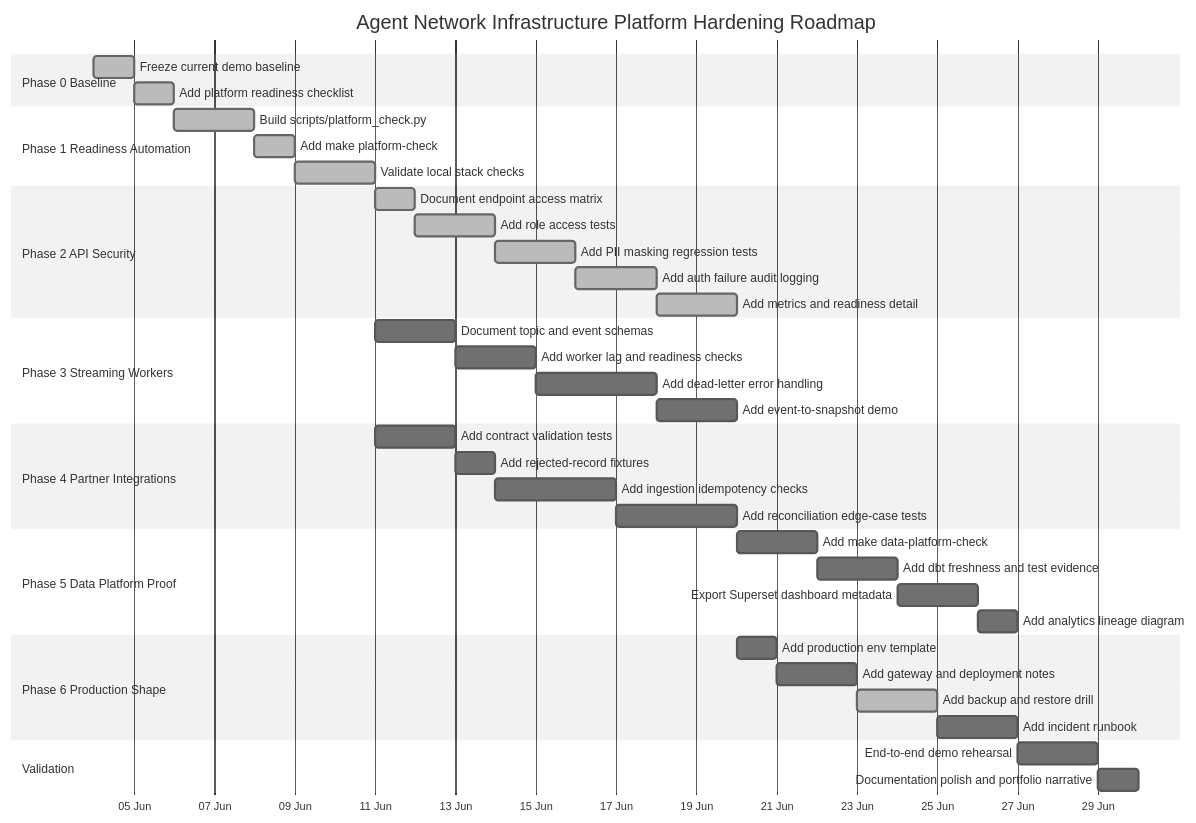
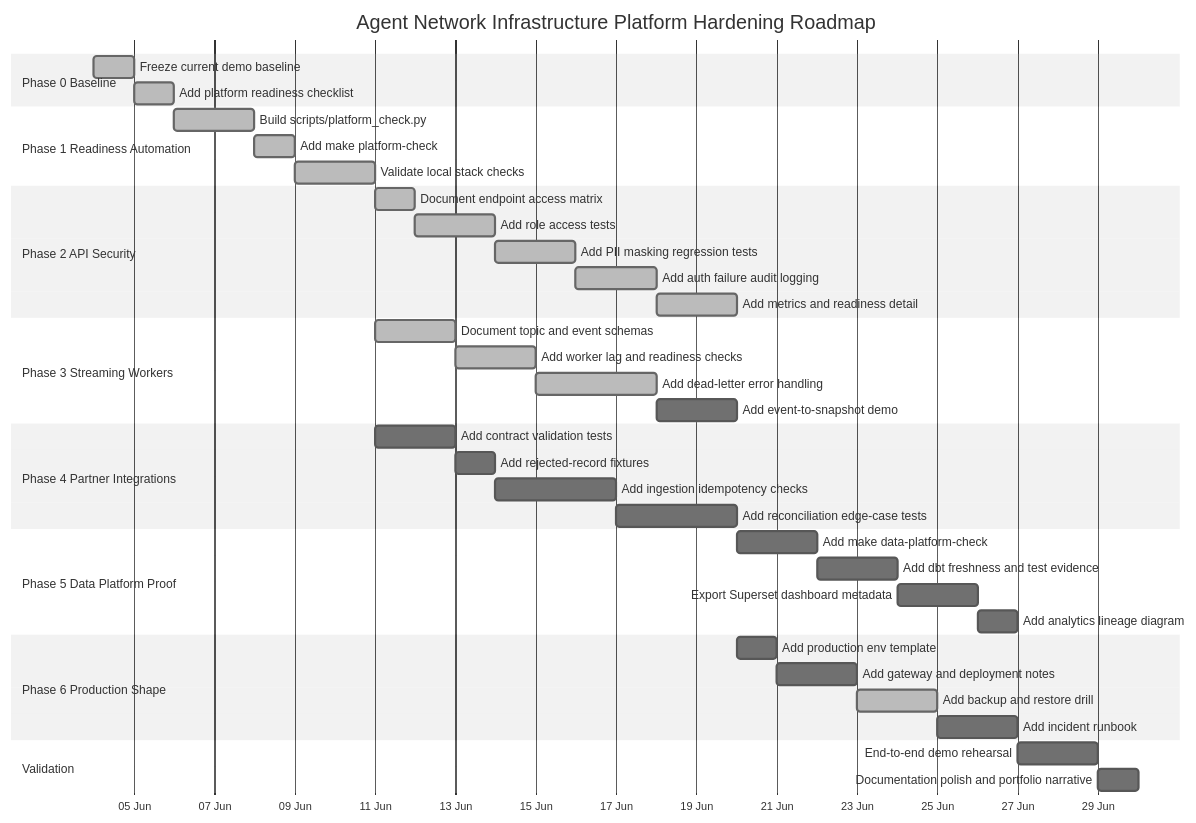
The first of 2 diagrams in docs/platform-implementation-gantt.md (waigisteve/agent-network-infra-sim), drawn with Mermaid (neutral theme) before and after one commit. The commit also changed other lines of this file and 13 other files, not shown here.

````diff
--- a/docs/platform-implementation-gantt.md
+++ b/docs/platform-implementation-gantt.md
@@ -54,50 +54,50 @@
 ```mermaid
 gantt
     title Agent Network Infrastructure Platform Hardening Roadmap
     dateFormat  YYYY-MM-DD
     axisFormat  %d %b
 
     section Phase 0 Baseline
     Freeze current demo baseline                    :done, p0a, 2026-06-04, 1d
     Add platform readiness checklist                :done, p0b, after p0a, 1d
 
     section Phase 1 Readiness Automation
     Build scripts/platform_check.py                 :done, p1a, after p0b, 2d
     Add make platform-check                         :done, p1b, after p1a, 1d
     Validate local stack checks                     :done, p1c, after p1b, 2d
 
     section Phase 2 API Security
     Document endpoint access matrix                 :done, p2a, after p1c, 1d
     Add role access tests                           :done, p2b, after p2a, 2d
     Add PII masking regression tests                :done, p2c, after p2b, 2d
     Add auth failure audit logging                  :done, p2d, after p2c, 2d
     Add metrics and readiness detail                :done, p2e, after p2d, 2d
 
     section Phase 3 Streaming Workers
-    Document topic and event schemas                :p3a, after p1c, 2d
-    Add worker lag and readiness checks             :p3b, after p3a, 2d
-    Add dead-letter error handling                  :p3c, after p3b, 3d
+    Document topic and event schemas                :done, p3a, after p1c, 2d
+    Add worker lag and readiness checks             :done, p3b, after p3a, 2d
+    Add dead-letter error handling                  :done, p3c, after p3b, 3d
     Add event-to-snapshot demo                      :p3d, after p3c, 2d
 
     section Phase 4 Partner Integrations
     Add contract validation tests                   :p4a, after p1c, 2d
     Add rejected-record fixtures                    :p4b, after p4a, 1d
     Add ingestion idempotency checks                :p4c, after p4b, 3d
     Add reconciliation edge-case tests              :p4d, after p4c, 3d
 
     section Phase 5 Data Platform Proof
     Add make data-platform-check                    :p5a, after p4d, 2d
     Add dbt freshness and test evidence             :p5b, after p5a, 2d
     Export Superset dashboard metadata              :p5c, after p5b, 2d
     Add analytics lineage diagram                   :p5d, after p5c, 1d
 
     section Phase 6 Production Shape
     Add production env template                     :p6a, after p2e, 1d
     Add gateway and deployment notes                :p6b, after p6a, 2d
     Add backup and restore drill                    :done, p6c, after p6b, 2d
     Add incident runbook                            :p6d, after p6c, 2d
 
     section Validation
     End-to-end demo rehearsal                       :v1, after p5d, 2d
     Documentation polish and portfolio narrative    :v2, after v1, 1d
 ```
````
